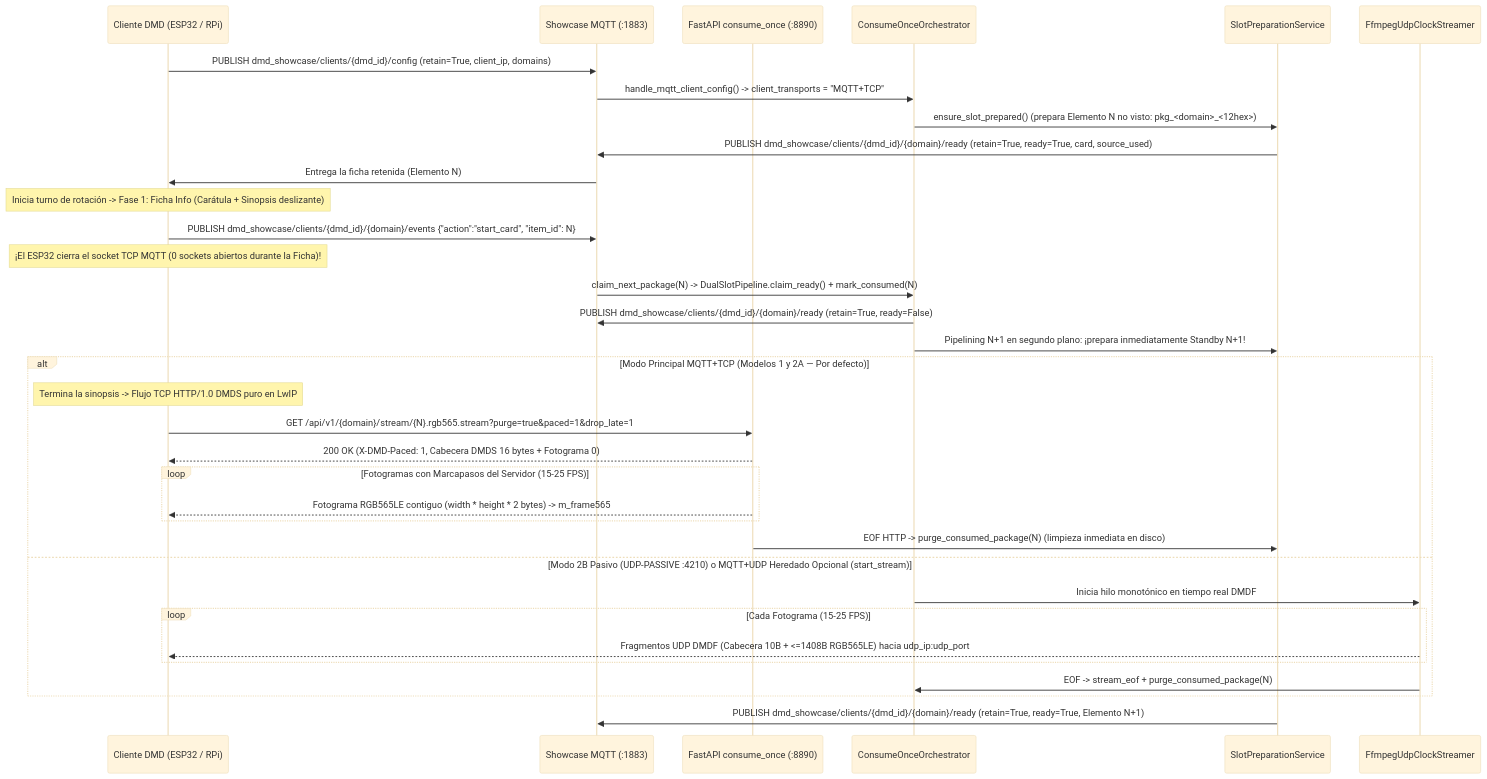
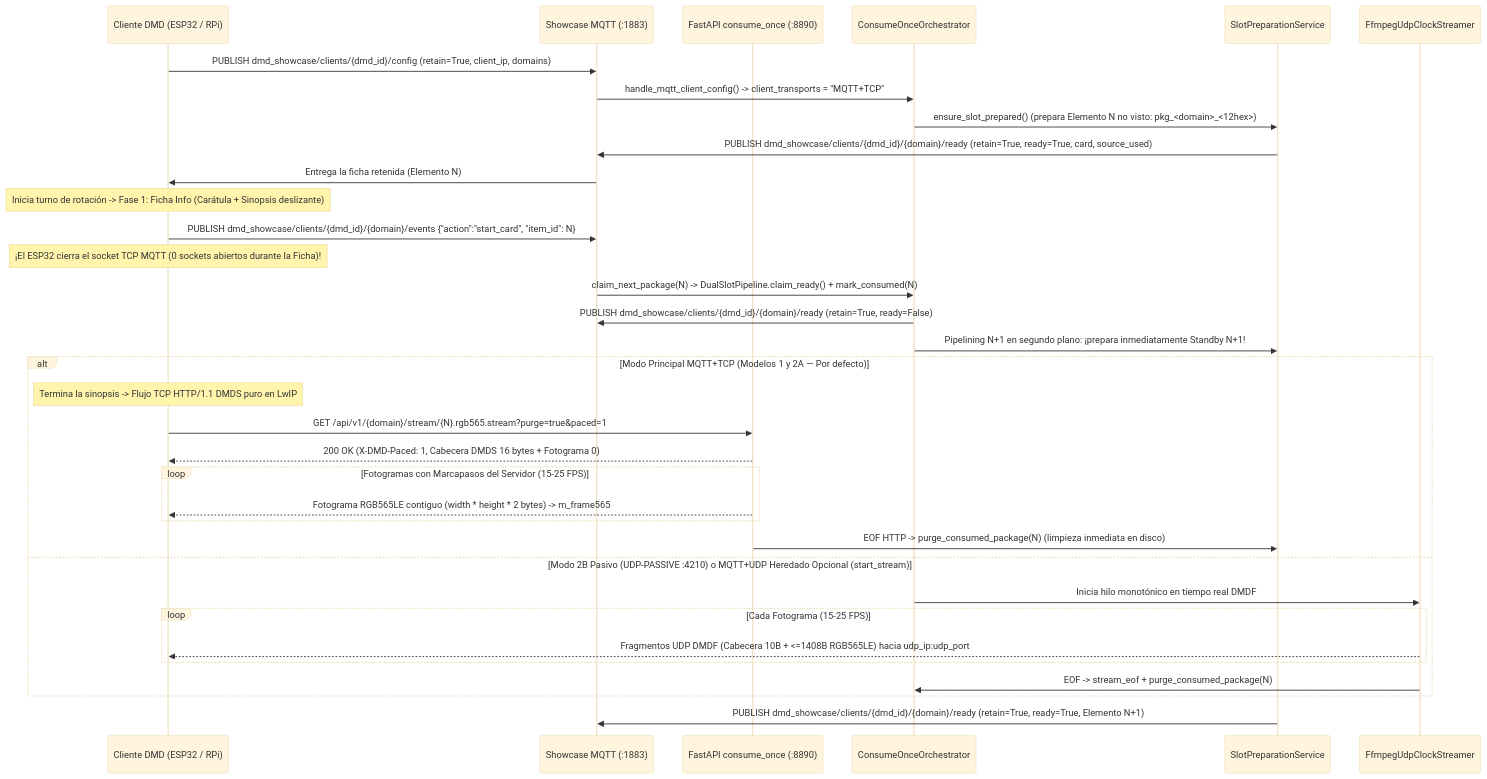
The second of 2 diagrams in docs/ARCHITECTURE_ES.md (red77290/dmd_media_showcase), drawn with Mermaid (base theme) before and after one commit. The commit also changed other lines of this file and 15 other files, not shown here.

Commit message:
docs(esp32): align raw LwIP DMDS TCP examples with unchunked Content-Length (?purge=true&paced=1)

````diff
--- a/docs/ARCHITECTURE_ES.md
+++ b/docs/ARCHITECTURE_ES.md
@@ -143,39 +143,39 @@
 ```mermaid
 sequenceDiagram
     participant DMD as Cliente DMD (ESP32 / RPi)
     participant MQTT as Showcase MQTT (:1883)
     participant HTTP as FastAPI consume_once (:8890)
     participant ORCH as ConsumeOnceOrchestrator
     participant PREP as SlotPreparationService
     participant FFMPEG as FfmpegUdpClockStreamer
 
     DMD->>MQTT: PUBLISH dmd_showcase/clients/{dmd_id}/config (retain=True, client_ip, domains)
     MQTT->>ORCH: handle_mqtt_client_config() -> client_transports = "MQTT+TCP"
     ORCH->>PREP: ensure_slot_prepared() (prepara Elemento N no visto: pkg_<domain>_<12hex>)
     PREP->>MQTT: PUBLISH dmd_showcase/clients/{dmd_id}/{domain}/ready (retain=True, ready=True, card, source_used)
     MQTT->>DMD: Entrega la ficha retenida (Elemento N)
 
     Note over DMD: Inicia turno de rotación -> Fase 1: Ficha Info (Carátula + Sinopsis deslizante)
     DMD->>MQTT: PUBLISH dmd_showcase/clients/{dmd_id}/{domain}/events {"action":"start_card", "item_id": N}
     Note over DMD: ¡El ESP32 cierra el socket TCP MQTT (0 sockets abiertos durante la Ficha)!
     MQTT->>ORCH: claim_next_package(N) -> DualSlotPipeline.claim_ready() + mark_consumed(N)
     ORCH->>MQTT: PUBLISH dmd_showcase/clients/{dmd_id}/{domain}/ready (retain=True, ready=False)
     ORCH->>PREP: Pipelining N+1 en segundo plano: ¡prepara inmediatamente Standby N+1!
 
     alt Modo Principal MQTT+TCP (Modelos 1 y 2A — Por defecto)
-        Note over DMD: Termina la sinopsis -> Flujo TCP HTTP/1.0 DMDS puro en LwIP
-        DMD->>HTTP: GET /api/v1/{domain}/stream/{N}.rgb565.stream?purge=true&paced=1&drop_late=1
+        Note over DMD: Termina la sinopsis -> Flujo TCP HTTP/1.1 DMDS puro en LwIP
+        DMD->>HTTP: GET /api/v1/{domain}/stream/{N}.rgb565.stream?purge=true&paced=1
         HTTP-->>DMD: 200 OK (X-DMD-Paced: 1, Cabecera DMDS 16 bytes + Fotograma 0)
         loop Fotogramas con Marcapasos del Servidor (15-25 FPS)
             HTTP-->>DMD: Fotograma RGB565LE contiguo (width * height * 2 bytes) -> m_frame565
         end
         HTTP->>PREP: EOF HTTP -> purge_consumed_package(N) (limpieza inmediata en disco)
     else Modo 2B Pasivo (UDP-PASSIVE :4210) o MQTT+UDP Heredado Opcional (start_stream)
         ORCH->>FFMPEG: Inicia hilo monotónico en tiempo real DMDF
         loop Cada Fotograma (15-25 FPS)
             FFMPEG-->>DMD: Fragmentos UDP DMDF (Cabecera 10B + <=1408B RGB565LE) hacia udp_ip:udp_port
         end
         FFMPEG->>ORCH: EOF -> stream_eof + purge_consumed_package(N)
     end
     PREP->>MQTT: PUBLISH dmd_showcase/clients/{dmd_id}/{domain}/ready (retain=True, ready=True, Elemento N+1)
 ```
````
